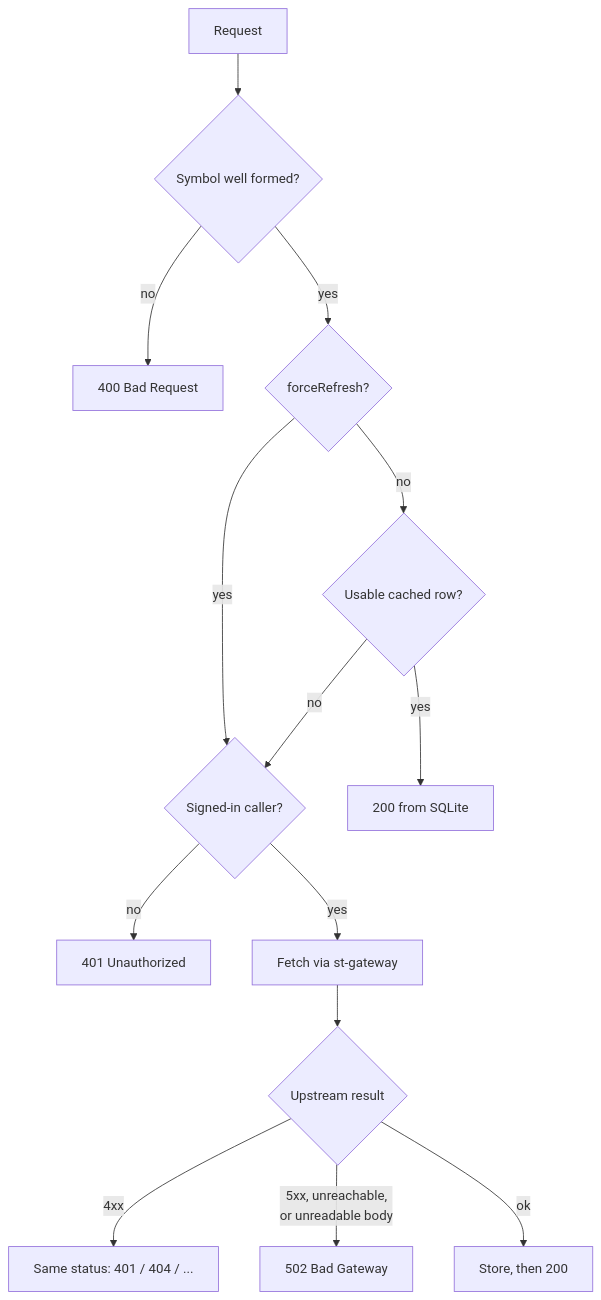
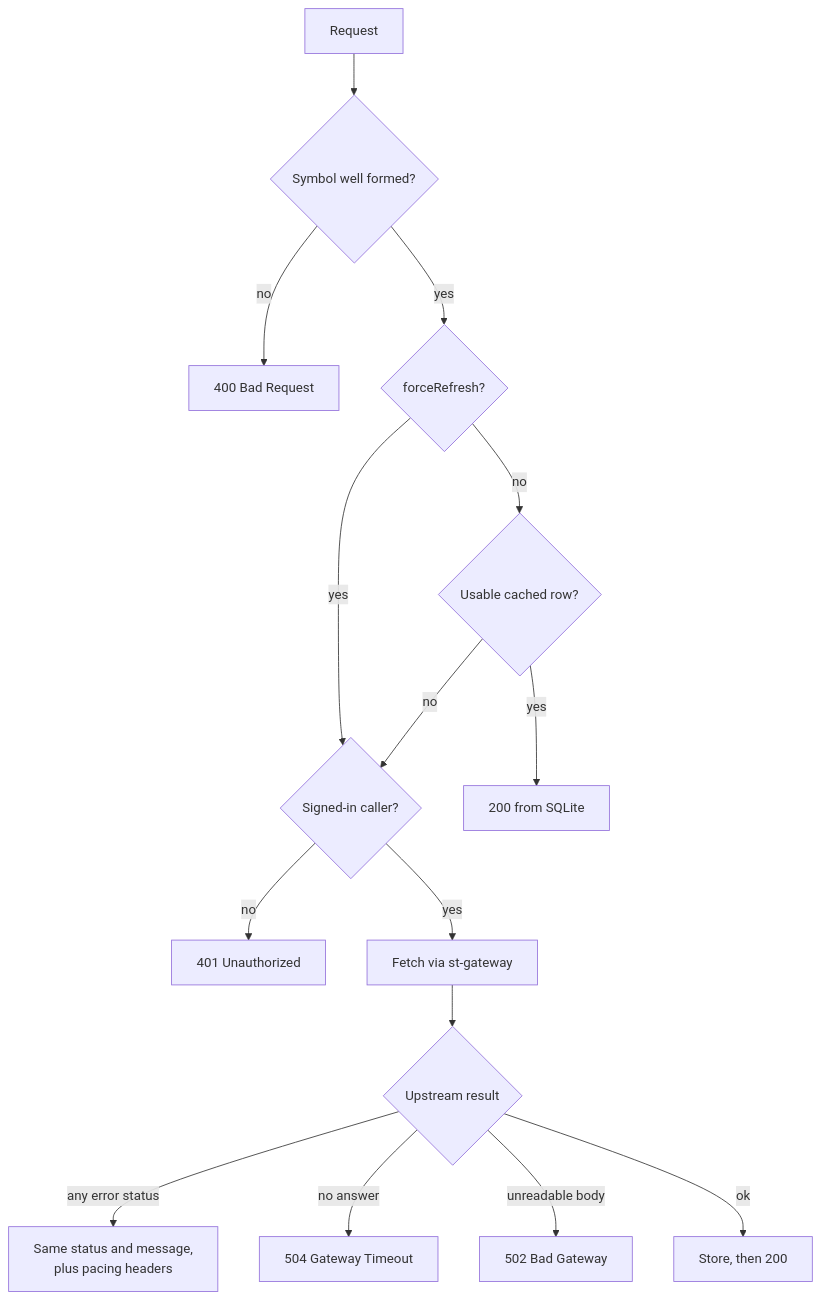
The second of 3 diagrams in README.md (V-M-Pioneer-Trading/navigation-service), drawn with Mermaid before and after one commit. The commit also changed other lines of this file and 12 other files, not shown here.

````diff
--- a/README.md
+++ b/README.md
@@ -57,16 +57,17 @@
 ```mermaid
 flowchart TD
     A[Request] --> B{"Symbol well formed?"}
     B -- no --> B1["400 Bad Request"]
     B -- yes --> C{"forceRefresh?"}
     C -- yes --> F
     C -- no --> D{"Usable cached row?"}
     D -- yes --> D1["200 from SQLite"]
     D -- no --> F{"Signed-in caller?"}
     F -- no --> F1["401 Unauthorized"]
     F -- yes --> G["Fetch via st-gateway"]
     G --> H{"Upstream result"}
-    H -- "4xx" --> H1["Same status: 401 / 404 / ..."]
-    H -- "5xx, unreachable,<br/>or unreadable body" --> H2["502 Bad Gateway"]
+    H -- "any error status" --> H1["Same status and message,<br/>plus pacing headers"]
+    H -- "no answer" --> H3["504 Gateway Timeout"]
+    H -- "unreadable body" --> H2["502 Bad Gateway"]
     H -- ok --> I["Store, then 200"]
 ```
````
